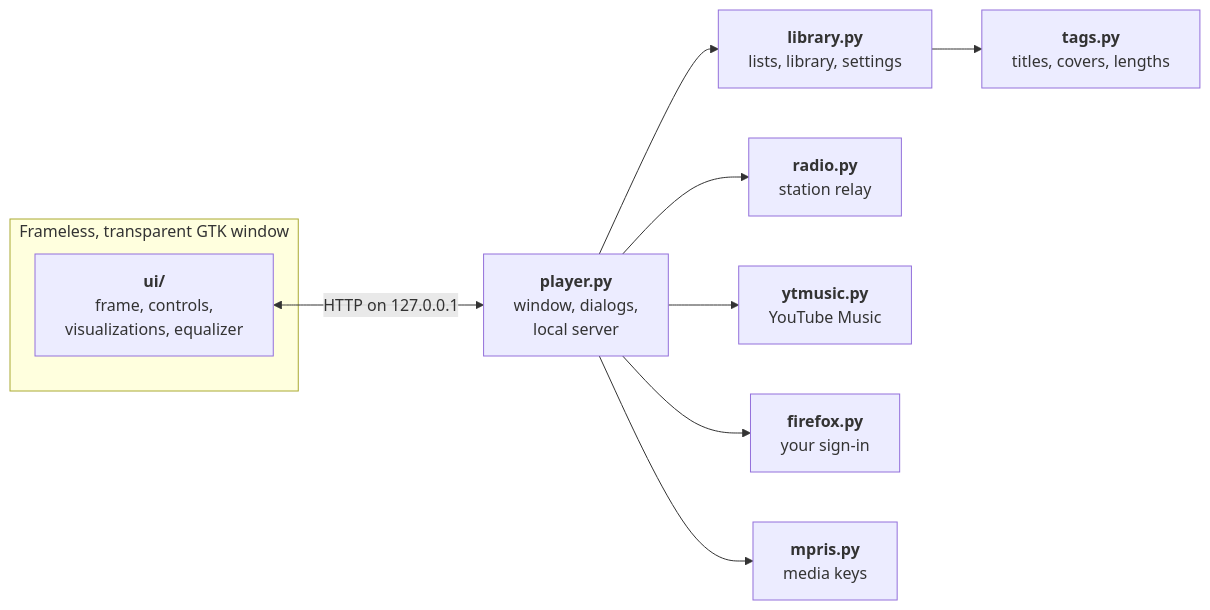
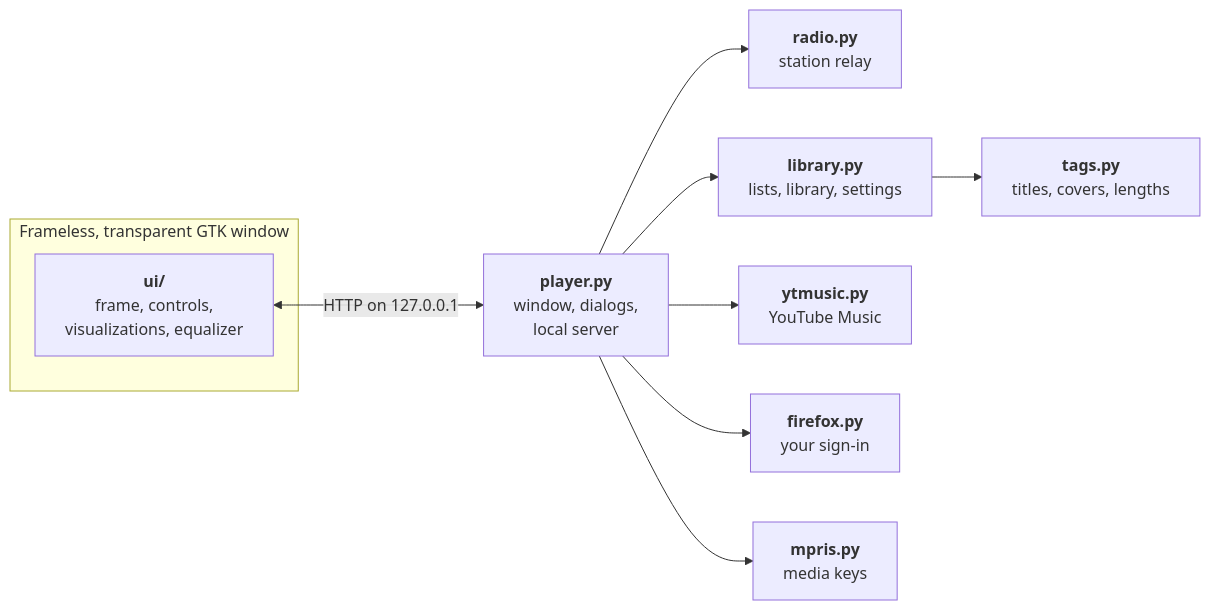
One commit to NahuelGenchi/ocean-mist changed the first of 2 diagrams in README.md. Above: the diagram before and after it, drawn with Mermaid. The commit also changed other lines of this file, not shown here.

First line of the commit message:
docs: keep tags.py clear of GitHub's diagram buttons (#22)

````diff
--- a/README.md
+++ b/README.md
@@ -245,19 +245,19 @@
 ```mermaid
 flowchart LR
     subgraph window["Frameless, transparent GTK window"]
         page["<b>ui/</b><br/>frame, controls,<br/>visualizations, equalizer"]
     end
     host["<b>player.py</b><br/>window, dialogs,<br/>local server"]
+    radio["<b>radio.py</b><br/>station relay"]
     library["<b>library.py</b><br/>lists, library, settings"]
     tags["<b>tags.py</b><br/>titles, covers, lengths"]
-    radio["<b>radio.py</b><br/>station relay"]
     ytmusic["<b>ytmusic.py</b><br/>YouTube Music"]
     firefox["<b>firefox.py</b><br/>your sign-in"]
     mpris["<b>mpris.py</b><br/>media keys"]
     page <-->|"HTTP on 127.0.0.1"| host
+    host --> radio
     host --> library --> tags
-    host --> radio
     host --> ytmusic
     host --> firefox
     host --> mpris
 ```
````
